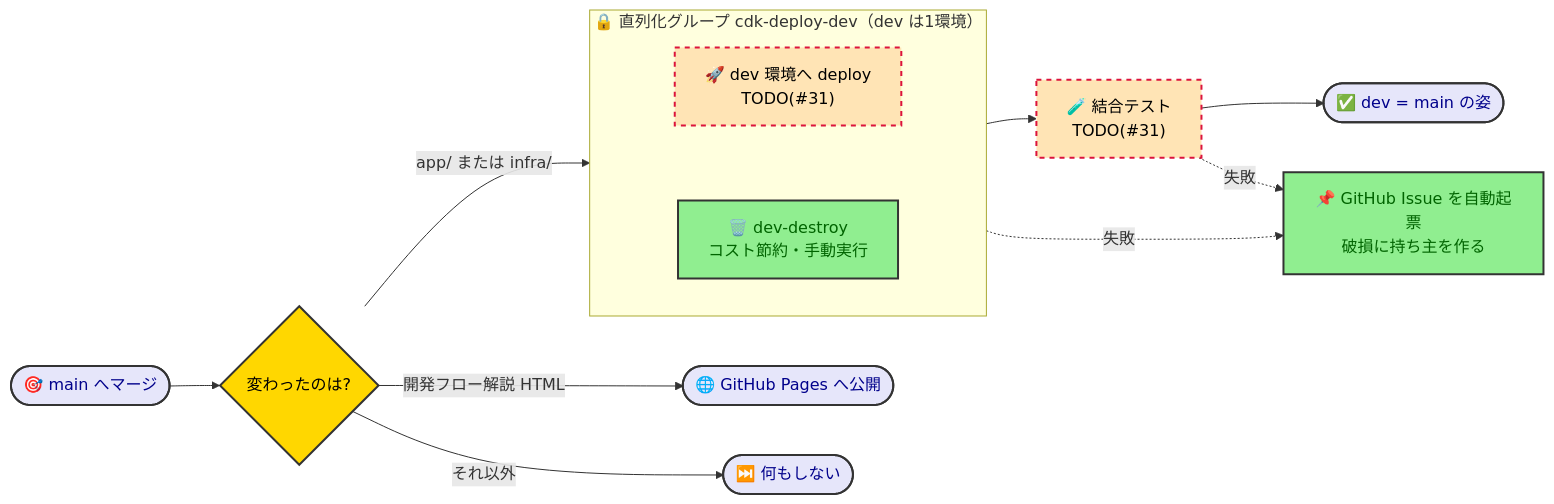
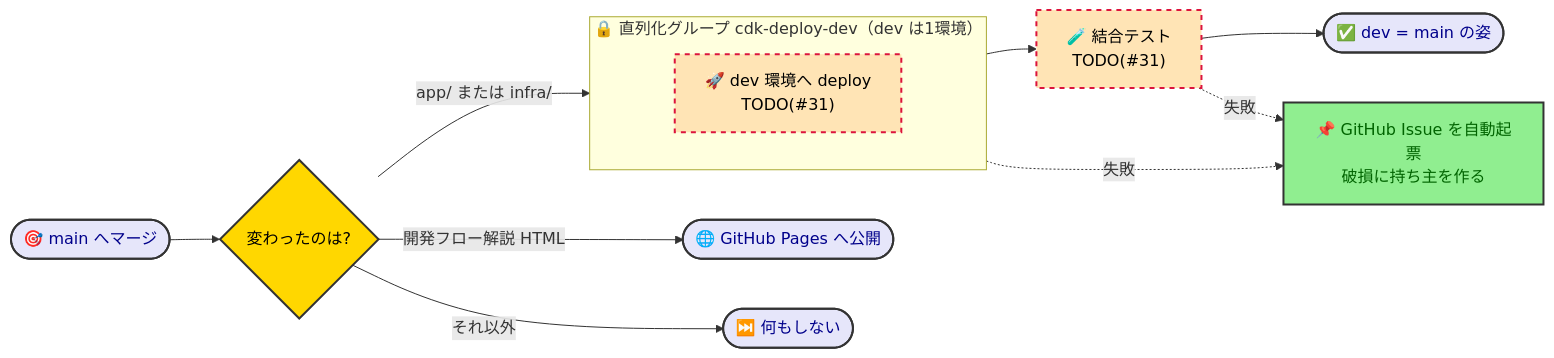
The second of 2 diagrams in docs/design/cicd-design.md (kasiopeiya/claude-dev-template), drawn with Mermaid before and after one commit. The commit also changed other lines of this file, not shown here.

````diff
--- a/docs/design/cicd-design.md
+++ b/docs/design/cicd-design.md
@@ -76,29 +79,27 @@
 ```mermaid
 flowchart LR
     Merged([🎯 main へマージ]) --> PathCheck{変わったのは?}
     PathCheck -->|app/ または infra/| Deploy
     PathCheck -->|開発フロー解説 HTML| Pages(["🌐 GitHub Pages へ公開"])
     PathCheck -->|それ以外| Skip([⏭️ 何もしない])
 
     subgraph Serial["🔒 直列化グループ cdk-deploy-dev（dev は1環境）"]
         direction TB
         Deploy["🚀 dev 環境へ deploy<br/>TODO(#31)"]
-        Destroy["🗑️ dev-destroy<br/>コスト節約・手動実行"]
-        Deploy ~~~ Destroy
     end
 
     Deploy --> IT["🧪 結合テスト<br/>TODO(#31)"]
     IT --> Done([✅ dev = main の姿])
     Deploy -. 失敗 .-> Issue
     IT -. 失敗 .-> Issue["📌 GitHub Issue を自動起票<br/>破損に持ち主を作る"]
 
     classDef startEnd fill:#E6E6FA,stroke:#333,stroke-width:2px,color:darkblue
     classDef process fill:#90EE90,stroke:#333,stroke-width:2px,color:darkgreen
     classDef decision fill:#FFD700,stroke:#333,stroke-width:2px,color:black
     classDef hollow fill:#FFE4B5,stroke:#DC143C,stroke-width:2px,stroke-dasharray: 5 5,color:black
 
     class Merged,Skip,Done,Pages startEnd
     class Issue,Destroy process
     class PathCheck decision
     class Deploy,IT hollow
 ```
````
